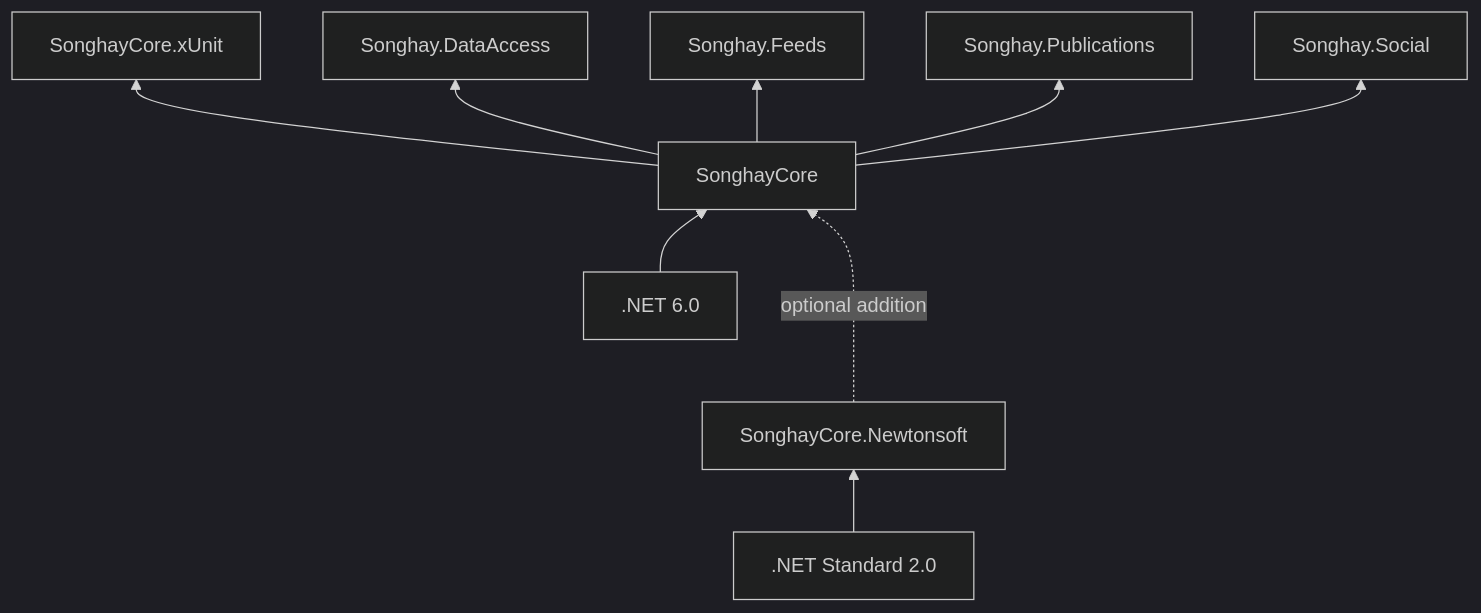
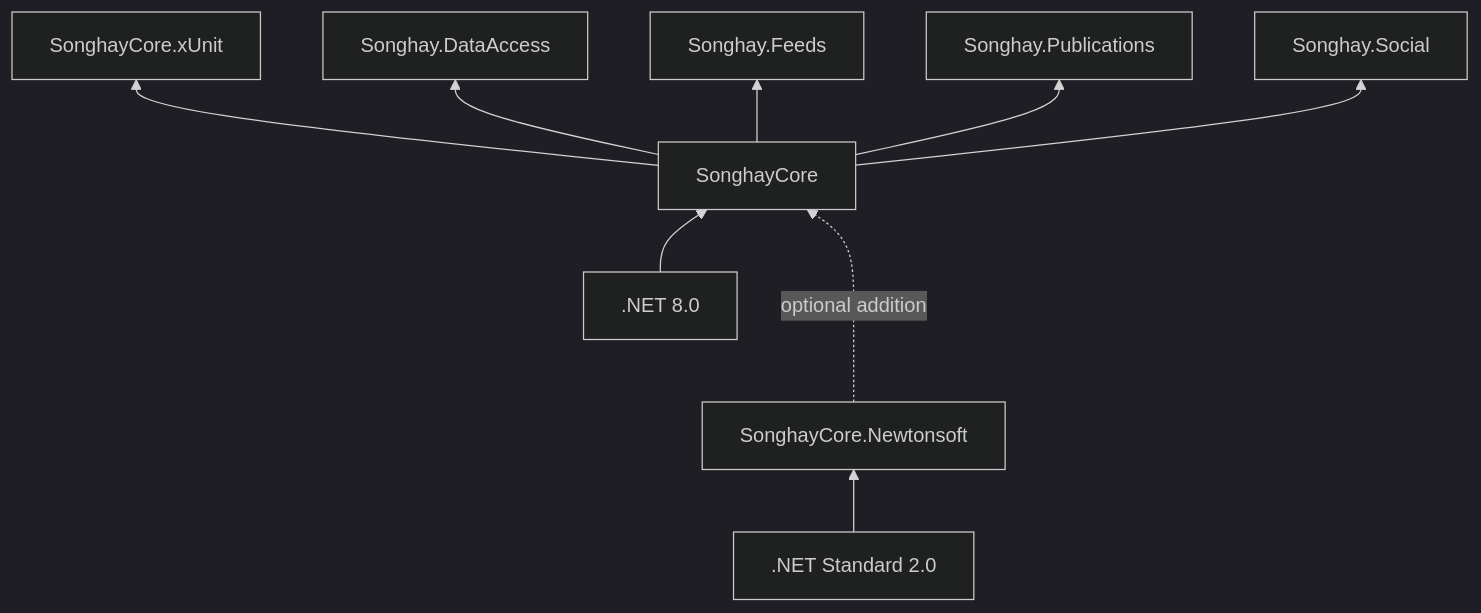
Before and after one commit to BryanWilhite/SonghayCore: the diagram in README.md, drawn with Mermaid (dark theme). The commit also changed other lines of this file and 419 other files, not shown here.

````diff
--- a/README.md
+++ b/README.md
@@ -99,18 +118,18 @@
 ```mermaid
 graph BT
     netstandard2[.NET Standard 2.0]
-    net6[.NET 6.0]
+    net8[.NET 8.0]
 
     1[SonghayCore]
     2[SonghayCore.Newtonsoft]
 
-    net6-->1
+    net8-->1
     netstandard2-->2
     2-..->|optional addition|1
 
     1-->3[SonghayCore.xUnit]
     1-->4[Songhay.DataAccess]
     1-->5[Songhay.Feeds]
     1-->6[Songhay.Publications]
     1-->7[Songhay.Social]
 ```
````
